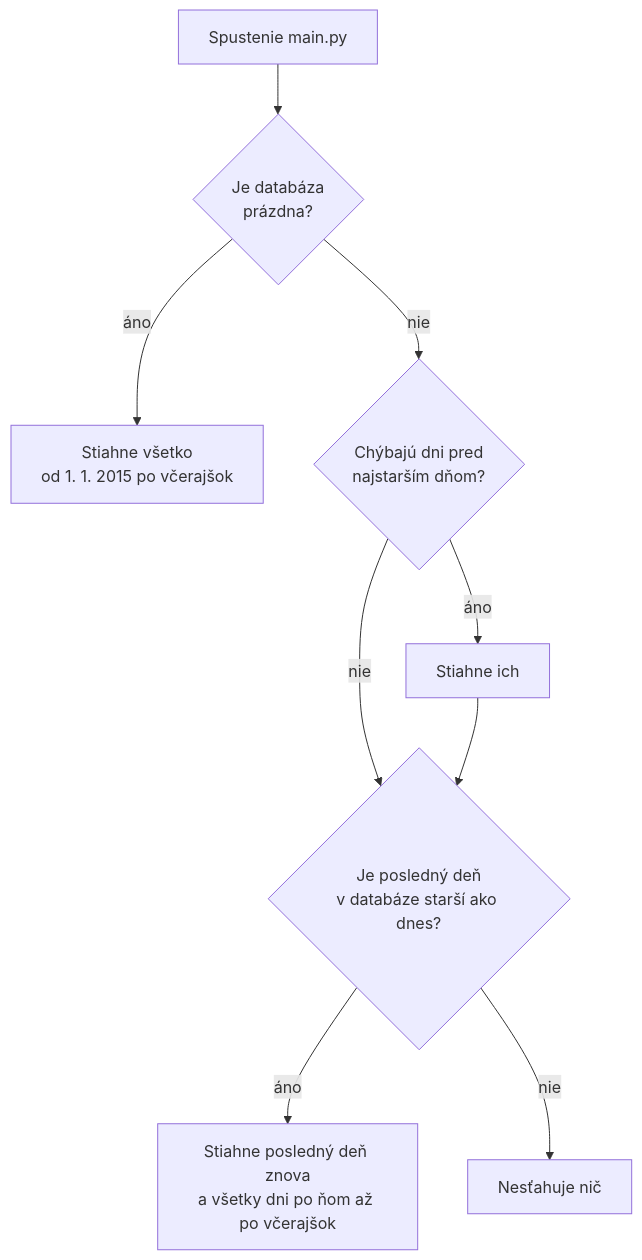
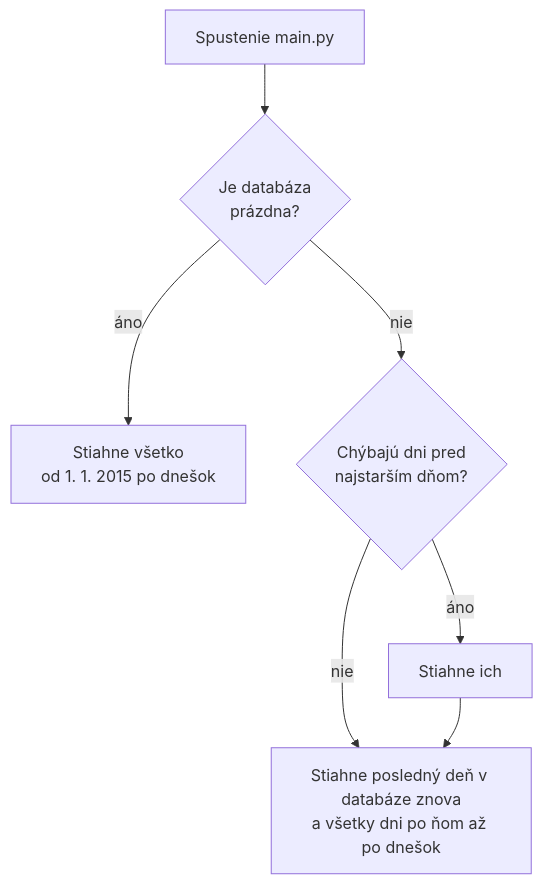
Before and after one commit to Matus1232/Script-for-electricity-prices-with-prediction: the second of 2 diagrams in README.md, drawn with Mermaid. The commit also changed other lines of this file, not shown here.

````diff
--- a/README.md
+++ b/README.md
@@ -70,11 +71,9 @@
 ```mermaid
 flowchart TD
     S["Spustenie main.py"] --> P{"Je databáza<br>prázdna?"}
-    P -- áno --> ALL["Stiahne všetko<br>od 1. 1. 2015 po včerajšok"]
+    P -- áno --> ALL["Stiahne všetko<br>od 1. 1. 2015 po dnešok"]
     P -- nie --> B{"Chýbajú dni pred<br>najstarším dňom?"}
     B -- áno --> OLD["Stiahne ich"]
-    B -- nie --> A{"Je posledný deň<br>v databáze starší ako dnes?"}
-    OLD --> A
-    A -- áno --> NEW["Stiahne posledný deň znova<br>a všetky dni po ňom až po včerajšok"]
-    A -- nie --> X["Nesťahuje nič"]
+    B -- nie --> NEW["Stiahne posledný deň v databáze znova<br>a všetky dni po ňom až po dnešok"]
+    OLD --> NEW
 ```
````
